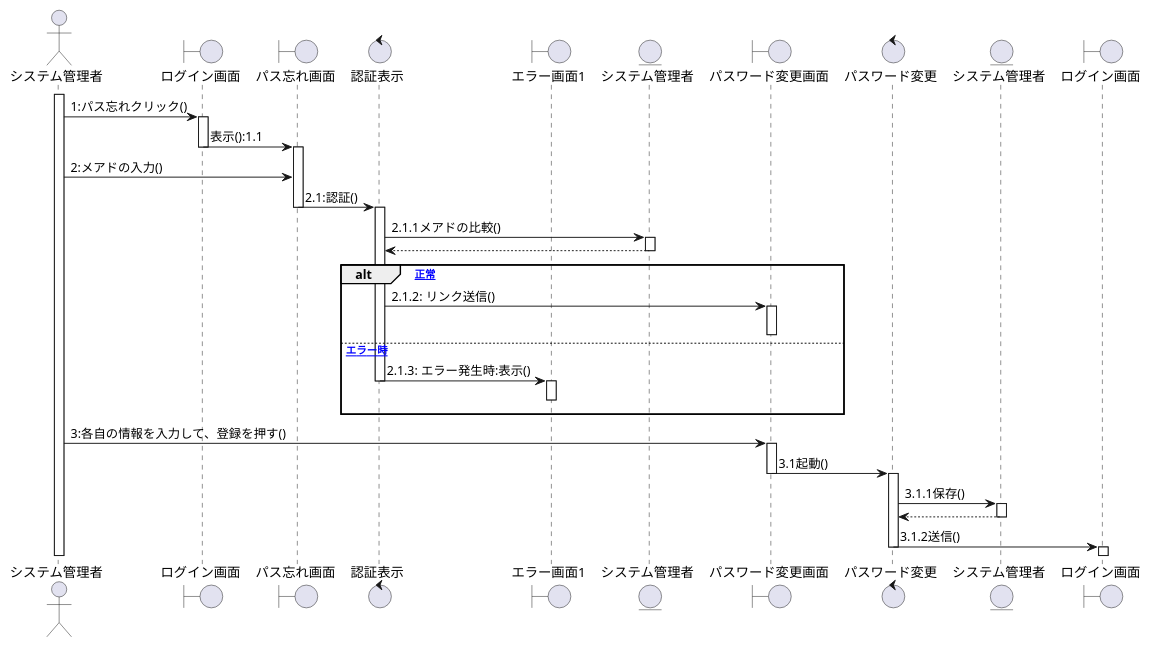
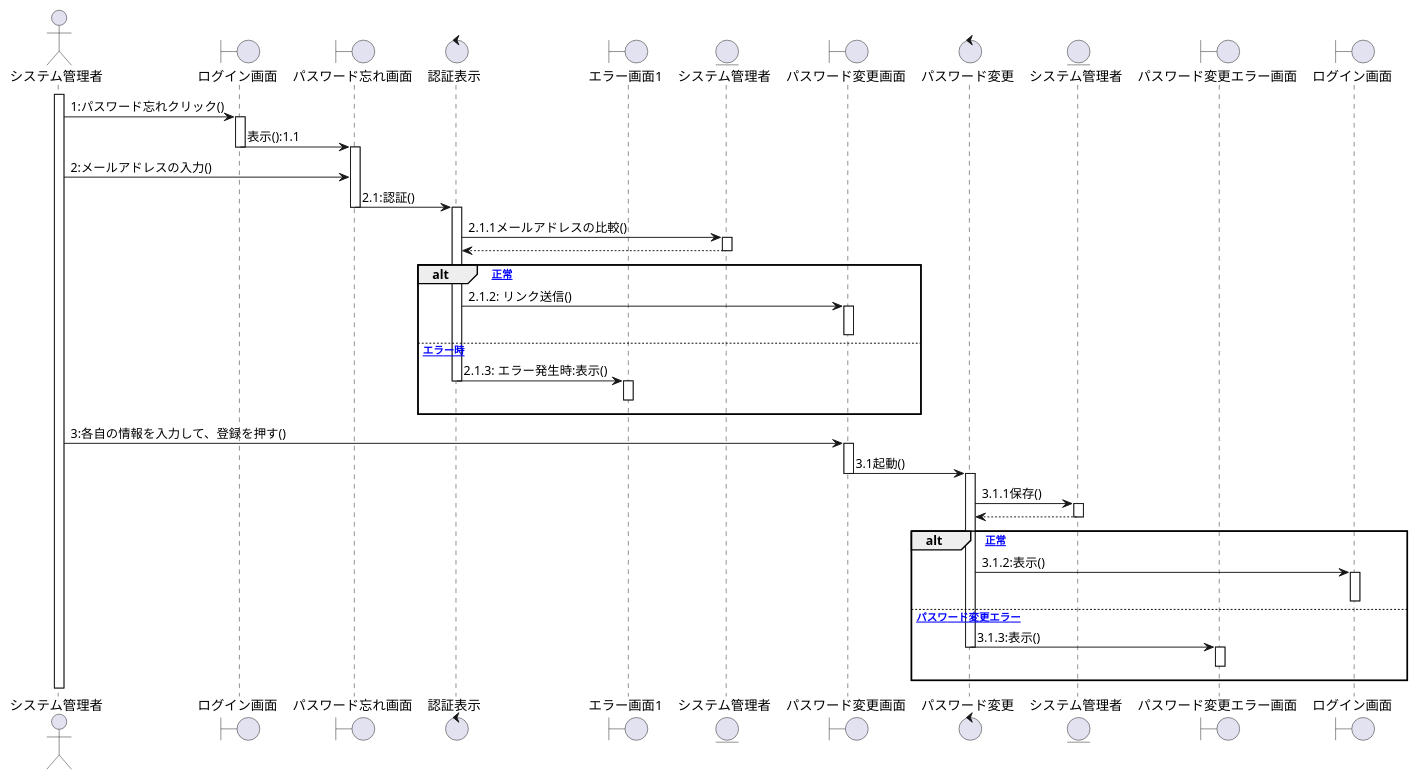
The second of 7 diagrams in System.plantuml (ksw2270227/GroupF), drawn with PlantUML before and after one commit. The commit also changed other lines of this file, not shown here.

```diff
--- a/System.plantuml
+++ b/System.plantuml
@@ -50,60 +47,69 @@
 @startuml
 actor システム管理者
 boundary "ログイン画面" as mein
-boundary "パス忘れ画面" as pasforget
+boundary "パスワード忘れ画面" as pasforget
 control "認証表示" as certification
 boundary "エラー画面1" as error1
 entity "システム管理者" as system
 boundary "パスワード変更画面" as paschange
 control "パスワード変更" as pas
-
 entity "システム管理者" as system2
+boundary "パスワード変更エラー画面" as paschanges
 boundary "ログイン画面" as mein1
 
 
 activate システム管理者
-システム管理者 -> mein:1:パス忘れクリック()
+システム管理者 -> mein:1:パスワード忘れクリック()
 activate mein
 mein -> pasforget :表示():1.1
 deactivate mein
 activate pasforget
-システム管理者 -> pasforget :2:メアドの入力()
+システム管理者 -> pasforget :2:メールアドレスの入力()
 pasforget -> certification :2.1:認証()
 deactivate pasforget
 activate certification
-certification -> system:2.1.1メアドの比較()
+certification -> system:2.1.1メールアドレスの比較()
 activate system
 system --> certification
 deactivate system
+
 
 
 alt [正常]
     certification -> paschange :2.1.2: リンク送信()
 activate paschange
 deactivate paschange
 
 
 else [エラー時]
     certification -> error1 :2.1.3: エラー発生時:表示()
 deactivate certification
 activate error1
 error1 -[hidden]-> error1
 deactivate error1
 end
 
-
 システム管理者 -> paschange:3:各自の情報を入力して、登録を押す()
 activate paschange
 paschange -> pas:3.1起動()
 deactivate paschange
 activate pas
 pas -> system2:3.1.1保存()
 activate system2
 system2 --> pas
 deactivate system2
-pas -> mein1:3.1.2送信()
-deactivate pas
+
+alt [正常]
+    pas -> mein1 :3.1.2:表示()
 activate mein1
 deactivate mein1
+else [パスワード変更エラー] 
+    pas -> paschanges:3.1.3:表示()
+deactivate pas
+activate paschanges
+pas -[hidden]-> pas
+deactivate paschanges
+end
+
 
 @enduml
```
